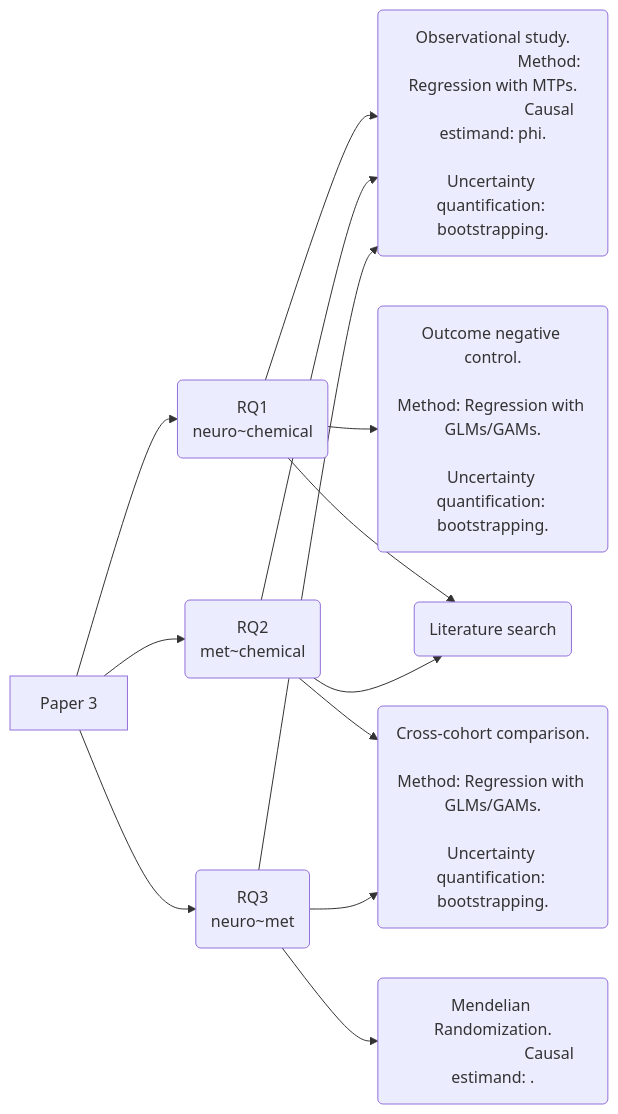
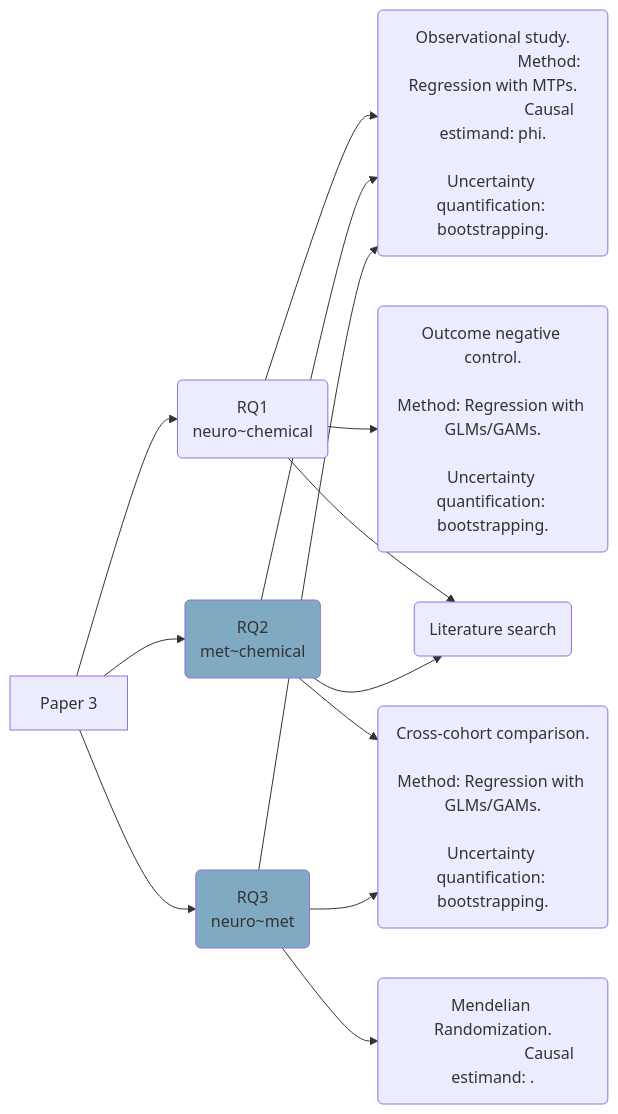
One commit to lorenzoFabbri/paper-helixSC-neuro changed the second of 2 diagrams in output/presentations/cep_internal_230726/presentation.qmd. Above: the diagram before and after it, drawn with Mermaid. The commit also changed other lines of this file and 12 other files, not shown here.

````diff
--- a/output/presentations/cep_internal_230726/presentation.qmd
+++ b/output/presentations/cep_internal_230726/presentation.qmd
@@ -62,32 +68,34 @@
 ```{mermaid}
 %%| fig-cap: Diagram summarizing research questions and methods.
 %%| label: fig-diagram
 %%| fig-align: center
 %%| fig-height: 3
 flowchart LR
   paper[Paper 3] --> rq1("RQ1
                           neuro~chemical")
   paper          --> rq2("RQ2
                           met~chemical")
   paper          --> rq3("RQ3
                           neuro~met")
   rq1            --> rqReg("Observational study.
                             Method: Regression with MTPs.
                             Causal estimand: phi.
                             Uncertainty quantification: bootstrapping.")
   rq1            --> rq1outNeg("Outcome negative control.
                                 Method: Regression with GLMs/GAMs.
                                 Uncertainty quantification: bootstrapping.")
   rq1            --> rqLit("Literature search")
   
   rq2            --> rqReg
   rq2            --> rqCrossCohort("Cross-cohort comparison.
                                     Method: Regression with GLMs/GAMs.
                                     Uncertainty quantification: bootstrapping.")
   rq2            --> rqLit
   
   rq3            --> rqReg
   rq3            --> rqCrossCohort
   rq3            --> rq3mr("Mendelian Randomization.
                             Causal estimand: .")
+  style rq2 fill:#7faac2
+  style rq3 fill:#7faac2
 ```
````
